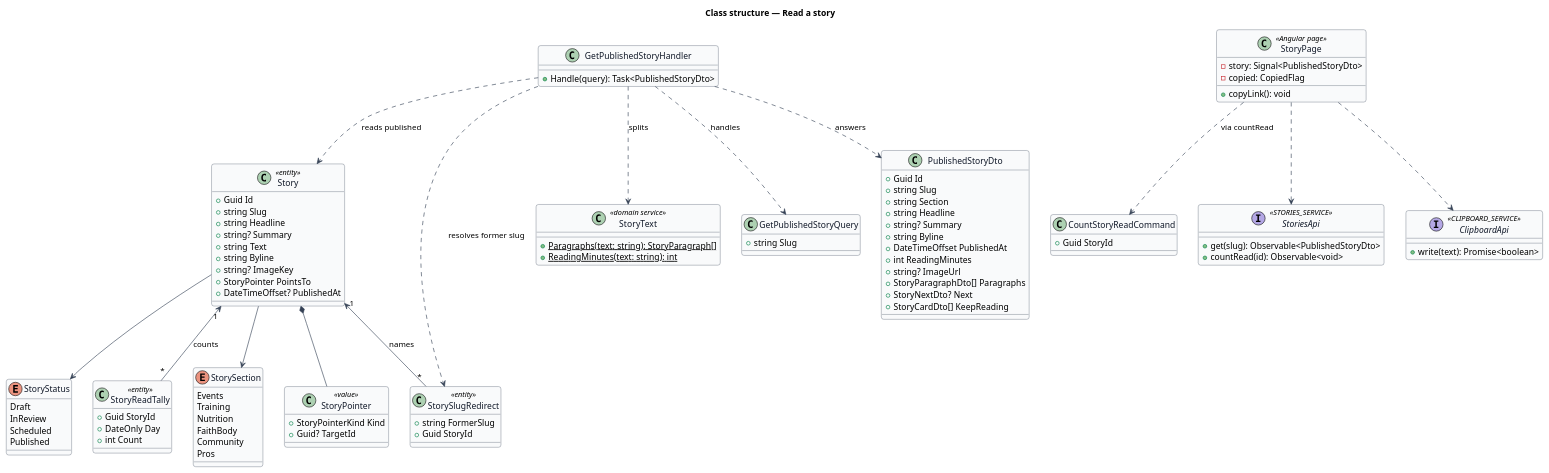
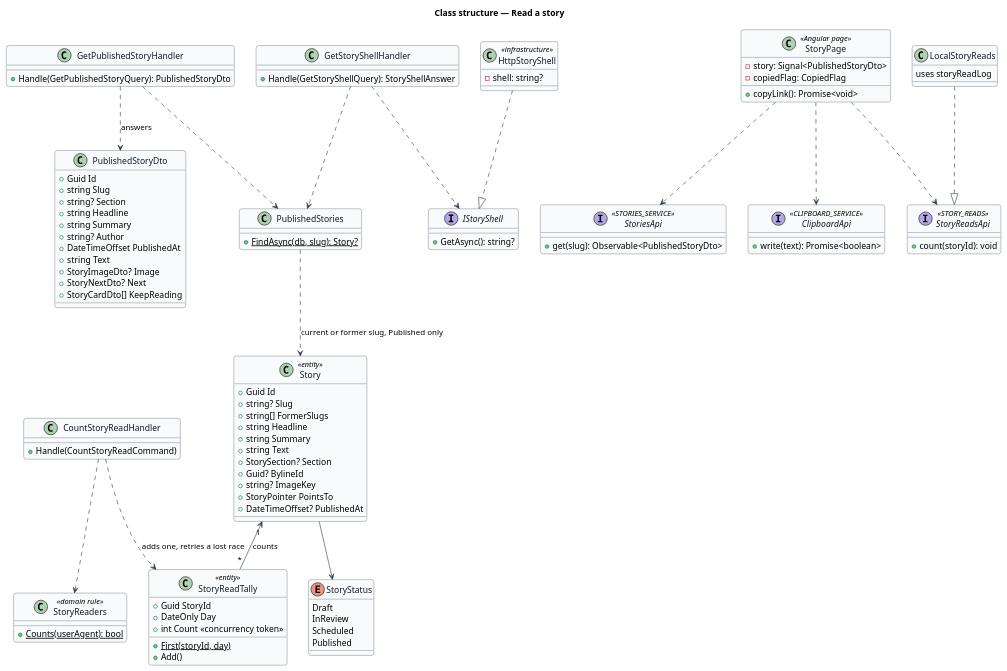
One commit to QuinntyneBrown/christian-fitness changed the diagram in docs/detailed-designs/news/read-story/diagrams/class.puml. Above: the diagram before and after it, drawn with PlantUML. The commit also changed 6 other files, not shown here.

First line of the commit message:
Journey 24: the read-story design and diagrams match what was built

```diff
--- a/docs/detailed-designs/news/read-story/diagrams/class.puml
+++ b/docs/detailed-designs/news/read-story/diagrams/class.puml
@@ -1,104 +1,105 @@
 @startuml
 skinparam backgroundColor #FFFFFF
 skinparam shadowing false
 skinparam roundcorner 8
 skinparam defaultFontName Arial
 skinparam ArrowColor #344054
 skinparam class {
   BorderColor #344054
   FontColor #101828
   BackgroundColor #F9FAFB
 }
 title Class structure — Read a story
 
 enum StoryStatus {
   Draft
   InReview
   Scheduled
   Published
 }
-enum StorySection {
-  Events
-  Training
-  Nutrition
-  FaithBody
-  Community
-  Pros
-}
 class Story <<entity>> {
   +Guid Id
-  +string Slug
+  +string? Slug
+  +string[] FormerSlugs
   +string Headline
-  +string? Summary
+  +string Summary
   +string Text
-  +string Byline
+  +StorySection? Section
+  +Guid? BylineId
   +string? ImageKey
   +StoryPointer PointsTo
   +DateTimeOffset? PublishedAt
 }
-class StoryPointer <<value>> {
-  +StoryPointerKind Kind
-  +Guid? TargetId
-}
-class StorySlugRedirect <<entity>> {
-  +string FormerSlug
-  +Guid StoryId
-}
 class StoryReadTally <<entity>> {
   +Guid StoryId
   +DateOnly Day
-  +int Count
+  +int Count <<concurrency token>>
+  +{static} First(storyId, day)
+  +Add()
 }
-class StoryText <<domain service>> {
-  +{static} Paragraphs(text: string): StoryParagraph[]
-  +{static} ReadingMinutes(text: string): int
+class StoryReaders <<domain rule>> {
+  +{static} Counts(userAgent): bool
 }
-class GetPublishedStoryQuery {
-  +string Slug
+class PublishedStories {
+  +{static} FindAsync(db, slug): Story?
 }
 class GetPublishedStoryHandler {
-  +Handle(query): Task<PublishedStoryDto>
+  +Handle(GetPublishedStoryQuery): PublishedStoryDto
 }
 class PublishedStoryDto {
   +Guid Id
   +string Slug
-  +string Section
+  +string? Section
   +string Headline
-  +string? Summary
-  +string Byline
+  +string Summary
+  +string? Author
   +DateTimeOffset PublishedAt
-  +int ReadingMinutes
-  +string? ImageUrl
-  +StoryParagraphDto[] Paragraphs
+  +string Text
+  +StoryImageDto? Image
   +StoryNextDto? Next
   +StoryCardDto[] KeepReading
 }
-class CountStoryReadCommand {
-  +Guid StoryId
+class GetStoryShellHandler {
+  +Handle(GetStoryShellQuery): StoryShellAnswer
+}
+interface IStoryShell {
+  +GetAsync(): string?
+}
+class HttpStoryShell <<infrastructure>> {
+  -shell: string?
+}
+class CountStoryReadHandler {
+  +Handle(CountStoryReadCommand)
 }
 class StoryPage <<Angular page>> {
   -story: Signal<PublishedStoryDto>
-  -copied: CopiedFlag
-  +copyLink(): void
+  -copiedFlag: CopiedFlag
+  +copyLink(): Promise<void>
 }
 interface StoriesApi <<STORIES_SERVICE>> {
   +get(slug): Observable<PublishedStoryDto>
-  +countRead(id): Observable<void>
 }
 interface ClipboardApi <<CLIPBOARD_SERVICE>> {
   +write(text): Promise<boolean>
 }
+interface StoryReadsApi <<STORY_READS>> {
+  +count(storyId): void
+}
+class LocalStoryReads {
+  uses storyReadLog
+}
 Story --> StoryStatus
-Story --> StorySection
-Story *-- StoryPointer
-Story "1" <-- "*" StorySlugRedirect : names
 Story "1" <-- "*" StoryReadTally : counts
-GetPublishedStoryHandler ..> GetPublishedStoryQuery : handles
-GetPublishedStoryHandler ..> Story : reads published
-GetPublishedStoryHandler ..> StorySlugRedirect : resolves former slug
-GetPublishedStoryHandler ..> StoryText : splits
+PublishedStories ..> Story : current or former slug, Published only
+GetPublishedStoryHandler ..> PublishedStories
 GetPublishedStoryHandler ..> PublishedStoryDto : answers
+GetStoryShellHandler ..> PublishedStories
+GetStoryShellHandler ..> IStoryShell
+HttpStoryShell ..|> IStoryShell
+CountStoryReadHandler ..> StoryReaders
+CountStoryReadHandler ..> StoryReadTally : adds one, retries a lost race
 StoryPage ..> StoriesApi
 StoryPage ..> ClipboardApi
-StoryPage ..> CountStoryReadCommand : via countRead
+StoryPage ..> StoryReadsApi
+LocalStoryReads ..|> StoryReadsApi
 @enduml
```
